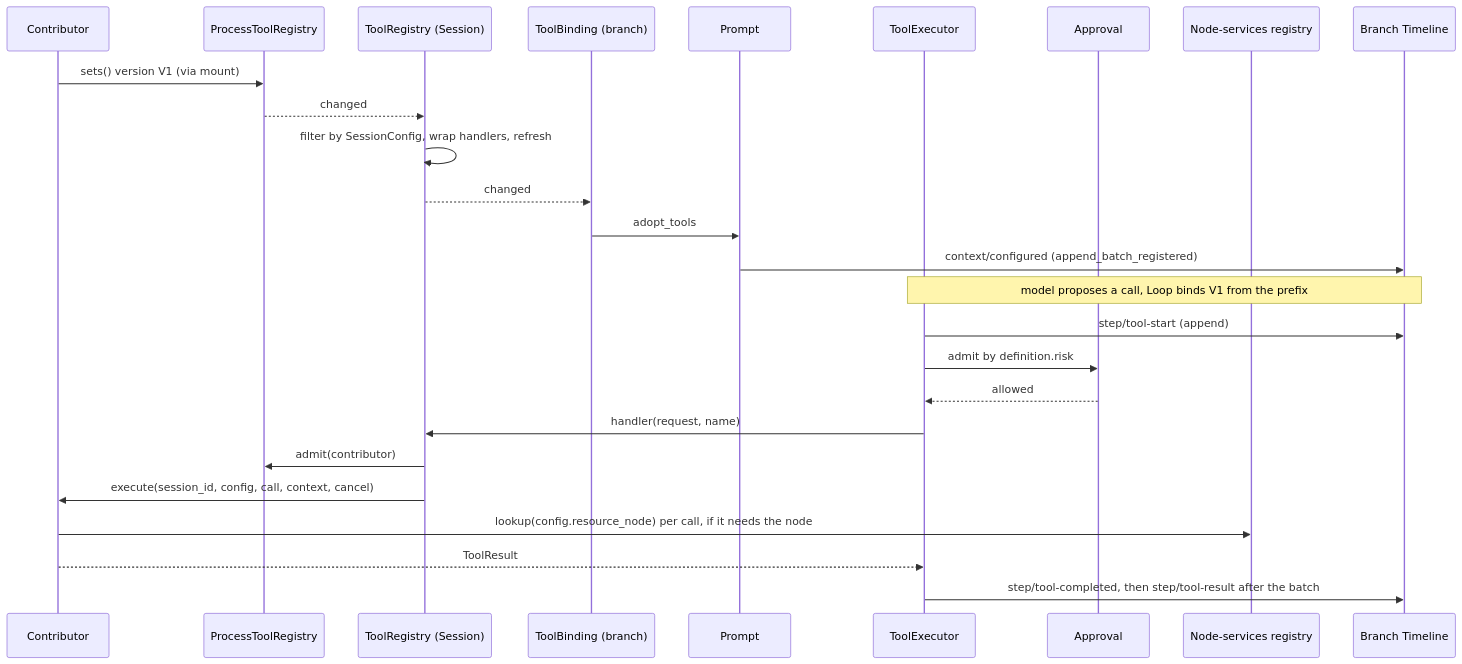
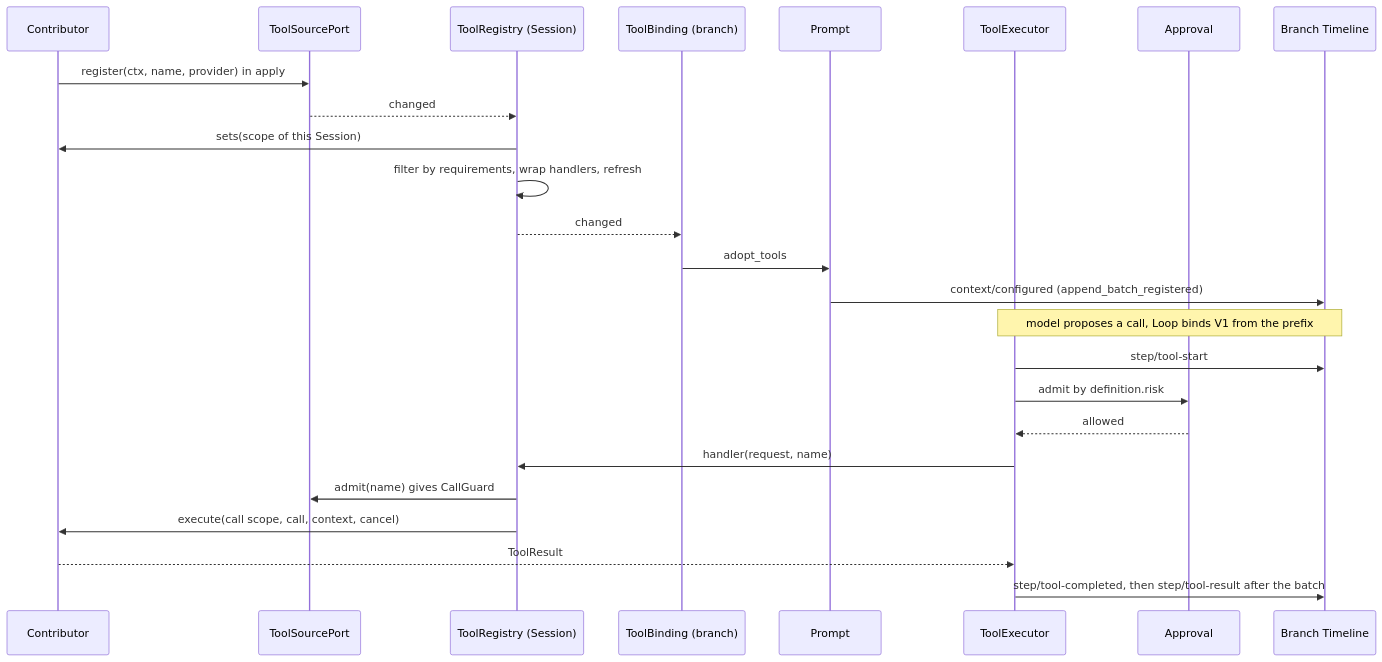
The third of 6 diagrams in docs/design/contracts/process-tool-contribution.md (CoutinhoTTS/dim-agent), drawn with Mermaid before and after one commit. The commit also changed other lines of this file and 4 other files, not shown here.

First line of the commit message:
docs(design): apply ADR 002 to contracts and withdraw the extension registry

````diff
--- a/docs/design/contracts/process-tool-contribution.md
+++ b/docs/design/contracts/process-tool-contribution.md
@@ -98,28 +107,27 @@
 ```mermaid
 sequenceDiagram
   participant C as Contributor
-  participant R as ProcessToolRegistry
+  participant P as ToolSourcePort
   participant TR as ToolRegistry (Session)
   participant TB as ToolBinding (branch)
-  participant P as Prompt
+  participant Pr as Prompt
   participant TE as ToolExecutor
   participant AP as Approval
-  participant NS as Node-services registry
   participant TL as Branch Timeline
-  C->>R: sets() version V1 (via mount)
-  R-->>TR: changed
-  TR->>TR: filter by SessionConfig, wrap handlers, refresh
+  C->>P: register(ctx, name, provider) in apply
+  P-->>TR: changed
+  TR->>C: sets(scope of this Session)
+  TR->>TR: filter by requirements, wrap handlers, refresh
   TR-->>TB: changed
-  TB->>P: adopt_tools
-  P->>TL: context/configured (append_batch_registered)
+  TB->>Pr: adopt_tools
+  Pr->>TL: context/configured (append_batch_registered)
   Note over TL,TE: model proposes a call, Loop binds V1 from the prefix
-  TE->>TL: step/tool-start (append)
+  TE->>TL: step/tool-start
   TE->>AP: admit by definition.risk
   AP-->>TE: allowed
   TE->>TR: handler(request, name)
-  TR->>R: admit(contributor)
-  TR->>C: execute(session_id, config, call, context, cancel)
-  C->>NS: lookup(config.resource_node) per call, if it needs the node
+  TR->>P: admit(name) gives CallGuard
+  TR->>C: execute(call scope, call, context, cancel)
   C-->>TE: ToolResult
   TE->>TL: step/tool-completed, then step/tool-result after the batch
 ```
````
